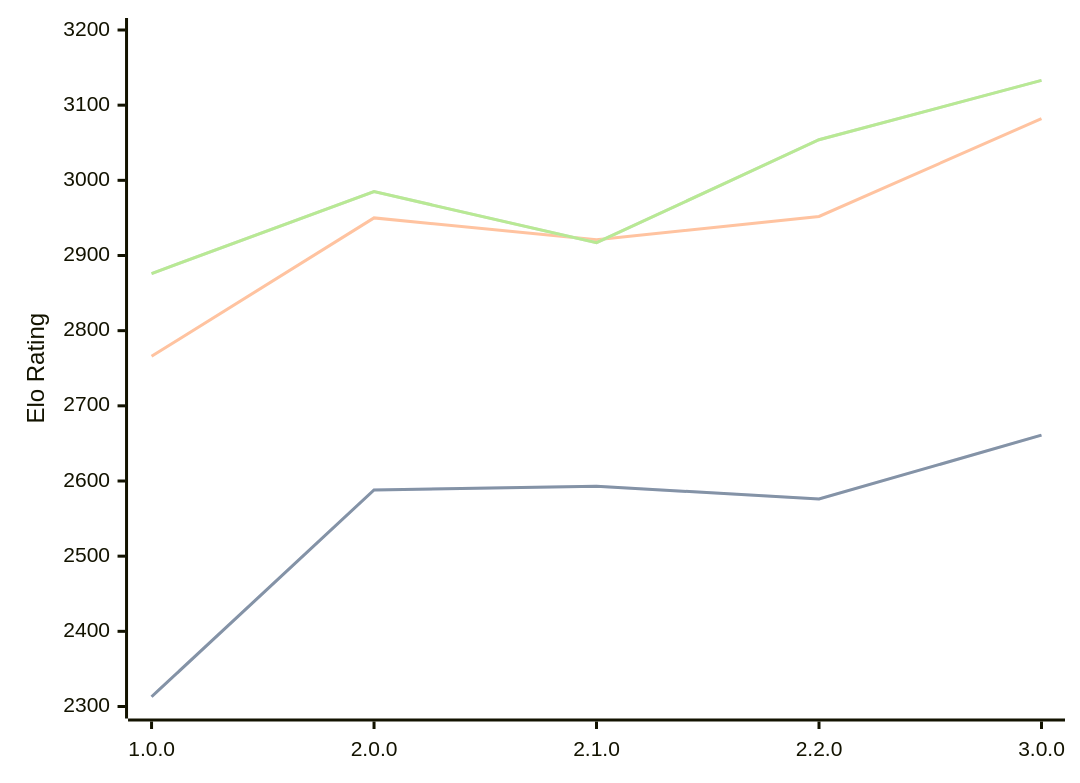
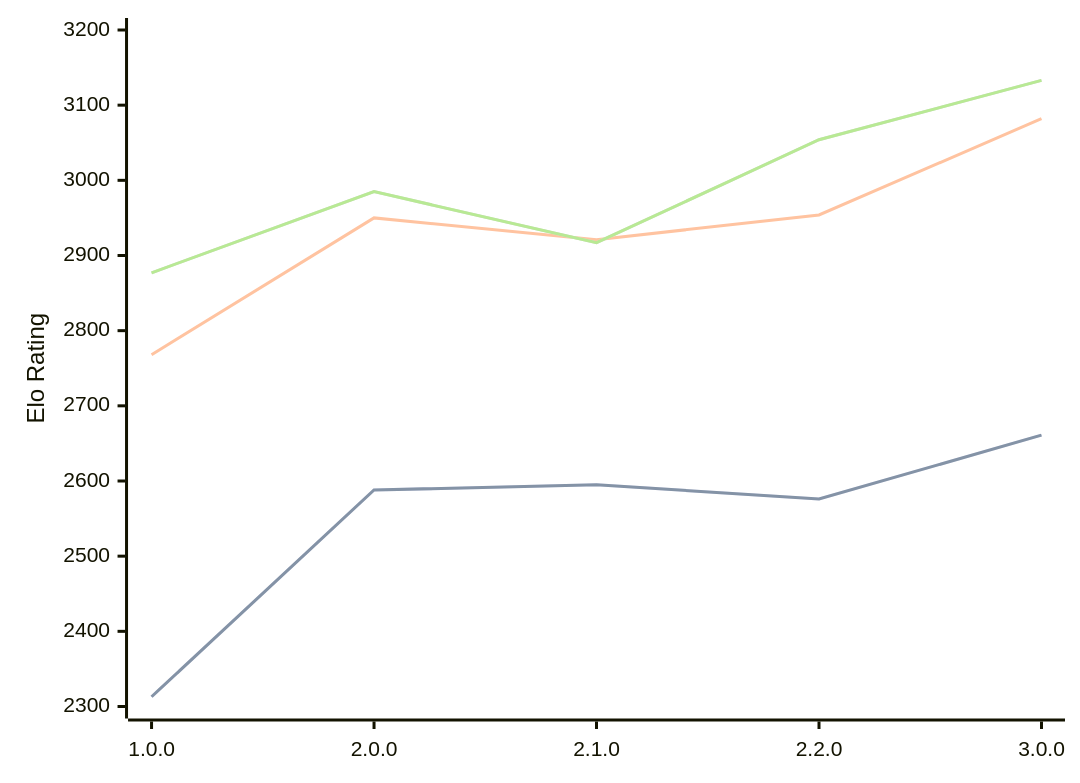
The diagram in engines/Catalyst.md (computer-chess-index/cci), drawn with Mermaid before and after one commit. The commit also changed other lines of this file, not shown here.

Commit message:
Update CCI Ratings (ELO VLTC) - 2026-09-06

````diff
--- a/engines/Catalyst.md
+++ b/engines/Catalyst.md
@@ -36,11 +36,11 @@
 ```mermaid
 %%{init: {"theme":"base","themeVariables":{"seriesColors:['#a3a3a3','#222221','#faa371']}}}%%
 xychart-beta
   x-axis ["1.0.0", "2.0.0", "2.1.0", "2.2.0", "3.0.0"]
   y-axis "Elo Rating" 2300 --> 3200
-  line "" [2313, 2588, 2593, 2576, 2661]
-  line "STC (8.0+0.08s)" [2313, 2588, 2593, 2576, 2661]
-  line "LTC (60.0+0.60s)" [2766, 2950, 2921, 2952, 3082]
-  line "" [2876, 2985, 2917, 3054, 3133]
-  line "VLTC (2m24s+1.12s)" [2876, 2985, 2917, 3054, 3133]
+  line "" [2313, 2588, 2595, 2576, 2661]
+  line "STC (8.0+0.08s)" [2313, 2588, 2595, 2576, 2661]
+  line "LTC (60.0+0.60s)" [2768, 2950, 2921, 2954, 3082]
+  line "" [2877, 2985, 2917, 3054, 3133]
+  line "VLTC (2m24s+1.12s)" [2877, 2985, 2917, 3054, 3133]
 ```
````
